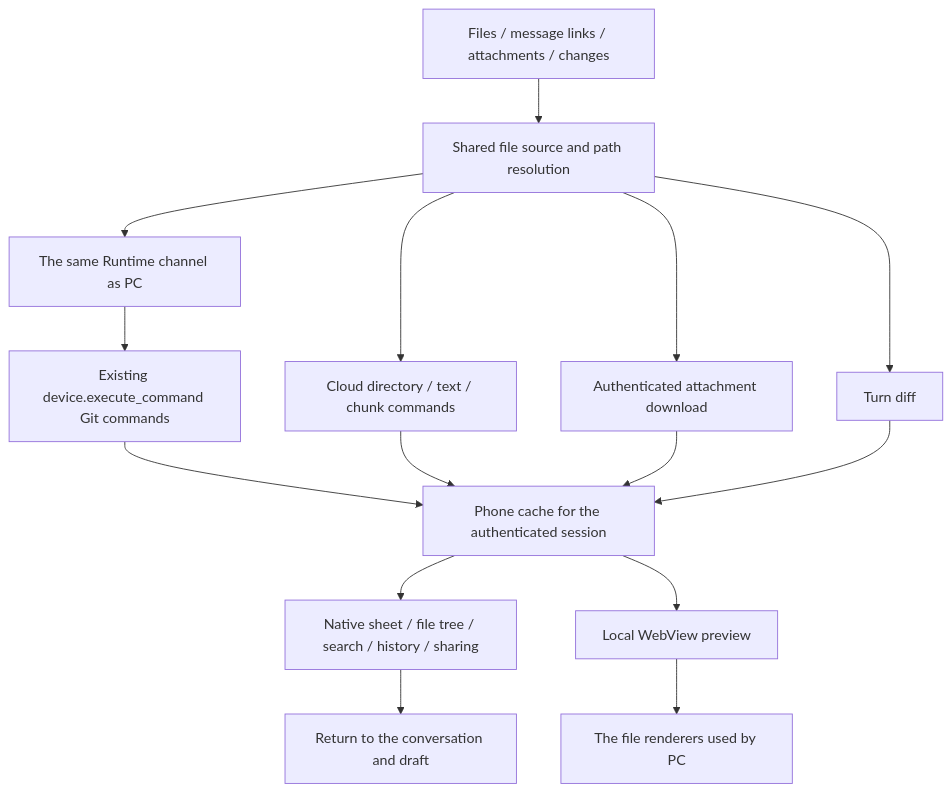
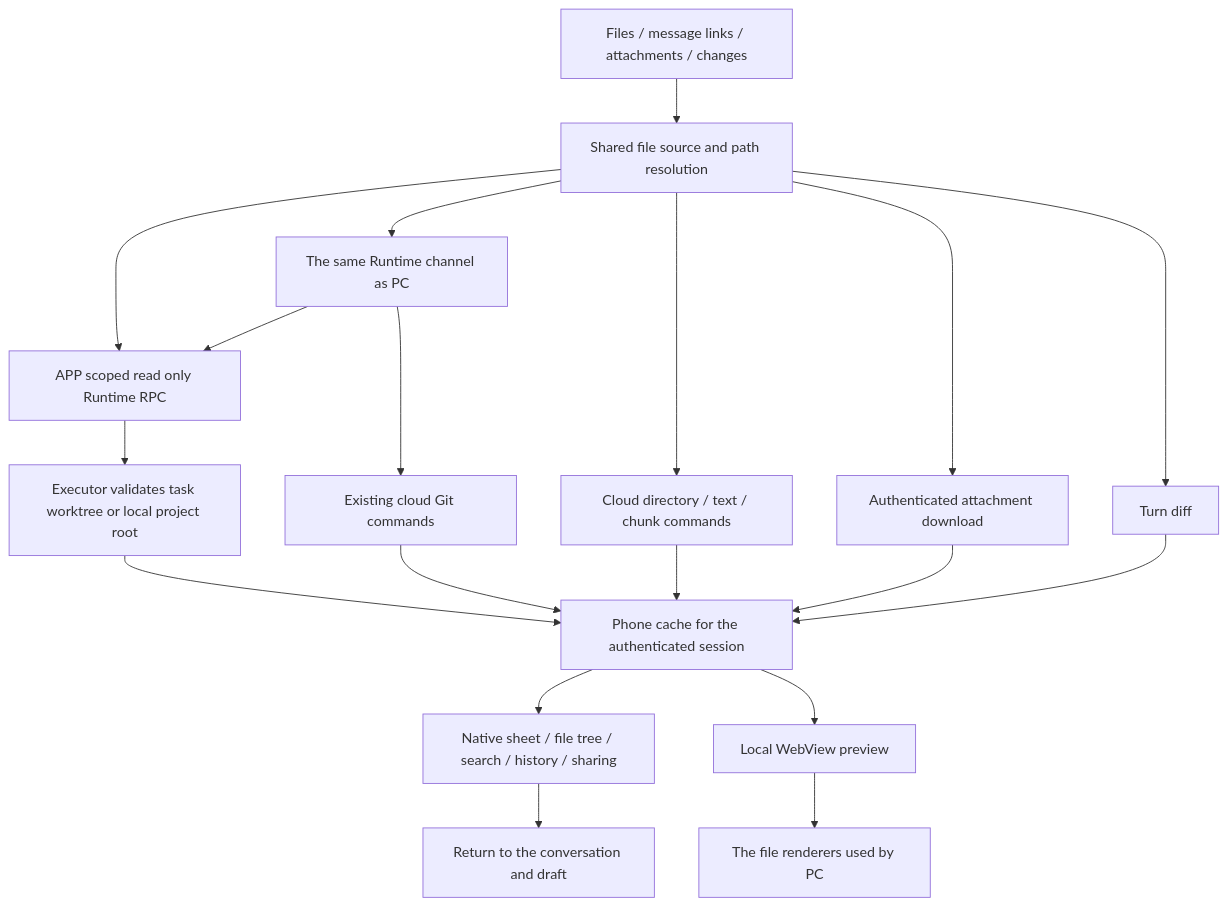
One commit to wecode-ai/Wegent changed the diagram in docs/en/wework/mobile-file-preview.md. Above: the diagram before and after it, drawn with Mermaid. The commit also changed other lines of this file and 26 other files, not shown here.

Commit message:
fix(mobile): enable scoped app worktree reads

````diff
--- a/docs/en/wework/mobile-file-preview.md
+++ b/docs/en/wework/mobile-file-preview.md
@@ -89,17 +93,21 @@
 ```mermaid
 flowchart TD
   E[Files / message links / attachments / changes] --> T[Shared file source and path resolution]
   T --> W[Cloud directory / text / chunk commands]
+  T --> X[APP scoped read only Runtime RPC]
   T --> A[Authenticated attachment download]
   T --> D[Turn diff]
   T --> G[The same Runtime channel as PC]
-  G --> GD[Existing device.execute_command Git commands]
+  G --> GD[Existing cloud Git commands]
+  G --> X
+  X --> VLD[Executor validates task worktree or local project root]
+  VLD --> C
   GD --> C
   W --> C[Phone cache for the authenticated session]
   A --> C
   D --> C
   C --> N[Native sheet / file tree / search / history / sharing]
   C --> V[Local WebView preview]
   V --> P[The file renderers used by PC]
   N --> R[Return to the conversation and draft]
 ```
````
